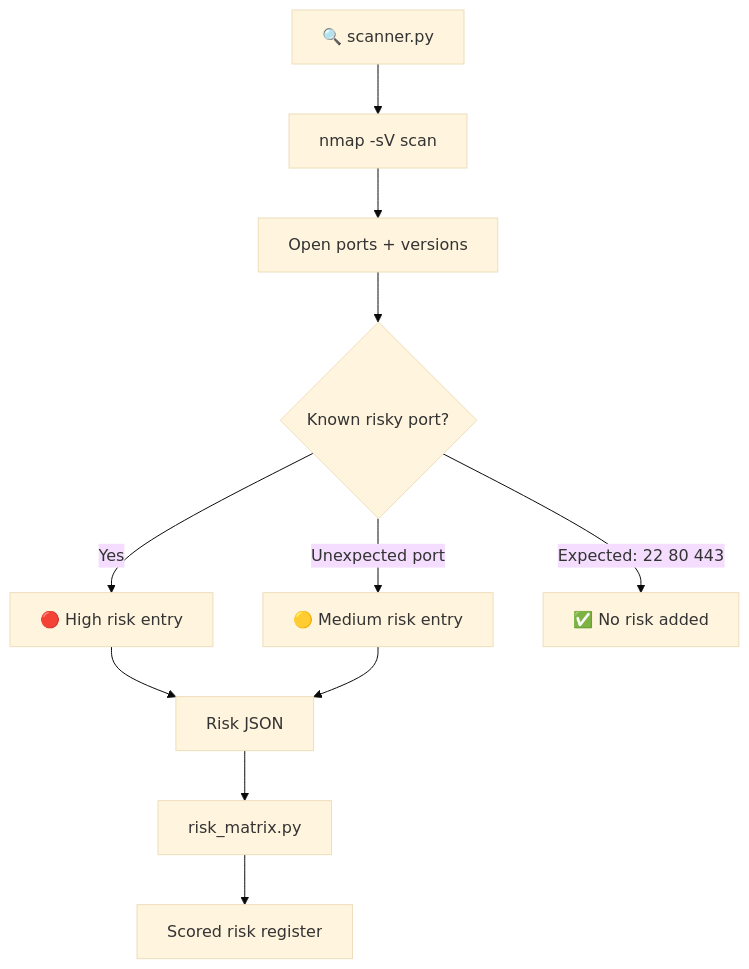
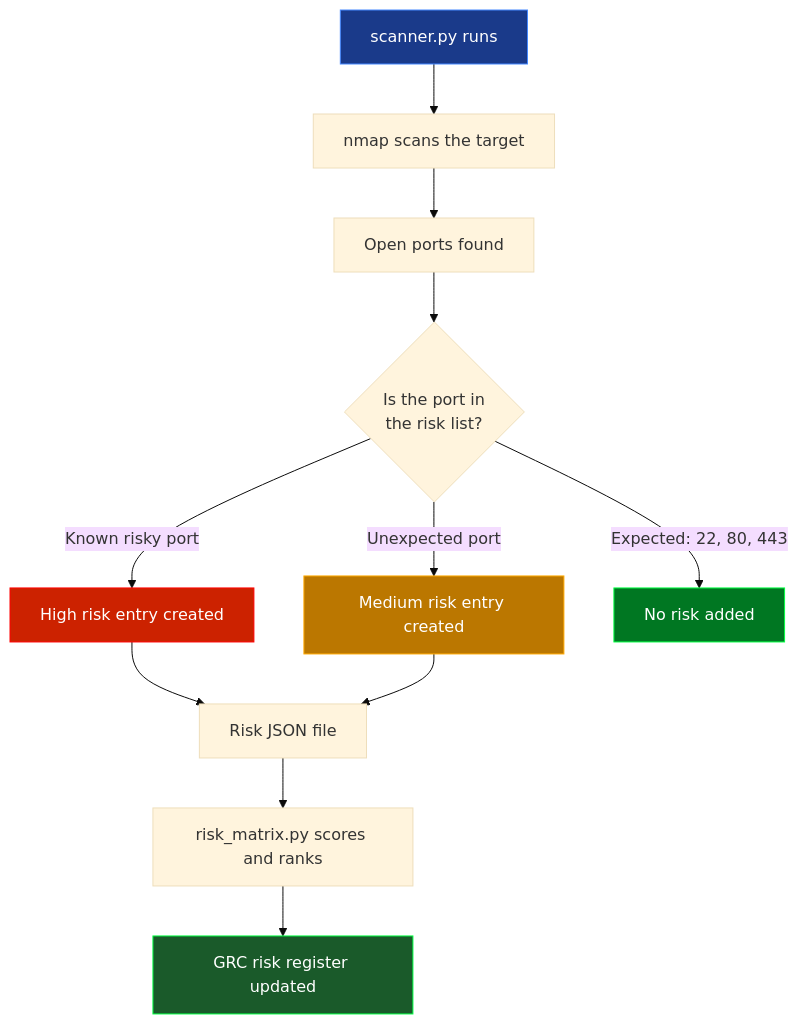
One commit to Speed-boo3/grc-project changed the fourth of 7 diagrams in README.md. Above: the diagram before and after it, drawn with Mermaid (base theme). The commit also changed other lines of this file, not shown here.

Commit message:
Major README update: educational GRC guide with animations and diagrams

````diff
--- a/README.md
+++ b/README.md
@@ -94,12 +177,18 @@
 ```mermaid
 flowchart TD
-    A[🔍 scanner.py] --> B[nmap -sV scan]
-    B --> C[Open ports + versions]
-    C --> D{Known risky port?}
-    D -->|Yes| E[🔴 High risk entry]
-    D -->|Unexpected port| F[🟡 Medium risk entry]
-    D -->|Expected: 22 80 443| G[✅ No risk added]
-    E & F --> H[Risk JSON]
-    H --> I[risk_matrix.py]
-    I --> J[Scored risk register]
+    A[scanner.py runs] --> B[nmap scans the target]
+    B --> C[Open ports found]
+    C --> D{Is the port in\nthe risk list?}
+    D -->|Known risky port| E[High risk entry created]
+    D -->|Unexpected port| F[Medium risk entry created]
+    D -->|Expected: 22, 80, 443| G[No risk added]
+    E & F --> H[Risk JSON file]
+    H --> I[risk_matrix.py scores and ranks]
+    I --> J[GRC risk register updated]
+
+    style E fill:#cc2200,stroke:#ff0000,color:#ffffff
+    style F fill:#bb7700,stroke:#ffaa00,color:#ffffff
+    style G fill:#007722,stroke:#00ff41,color:#ffffff
+    style A fill:#1a3a8a,stroke:#4488ff,color:#ffffff
+    style J fill:#1a5a2a,stroke:#00ff41,color:#ffffff
 ```
````
